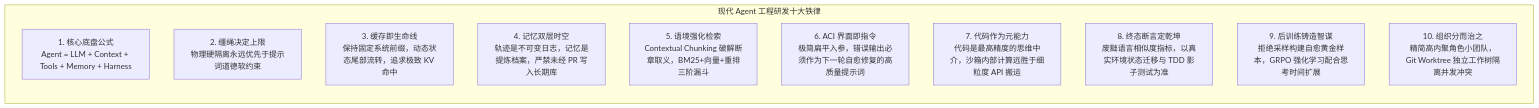
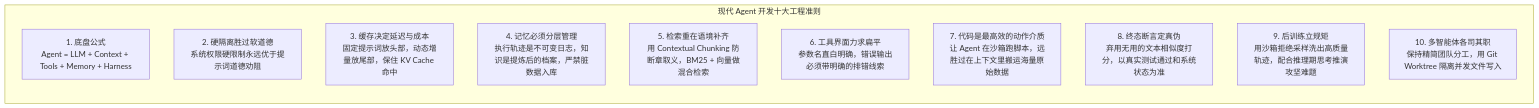
One commit to ljh12138164/ai-agent-study changed the second of 2 diagrams in app/ch10-multi-agent/04-future-and-orchestrator-mindset/page.mdx. Above: the diagram before and after it, drawn with Mermaid. The commit also changed other lines of this file and 43 other files, not shown here.

````diff
--- a/app/ch10-multi-agent/04-future-and-orchestrator-mindset/page.mdx
+++ b/app/ch10-multi-agent/04-future-and-orchestrator-mindset/page.mdx
@@ -38,15 +37,15 @@
 ```mermaid
-graph LR
-    subgraph CoreLaws["现代 Agent 工程研发十大铁律"]
-        L1["1. 核心底盘公式<br/>Agent = LLM + Context + Tools + Memory + Harness"]
-        L2["2. 缰绳决定上限<br/>物理硬隔离永远优先于提示词道德软约束"]
-        L3["3. 缓存即生命线<br/>保持固定系统前缀，动态状态尾部流转，追求极致 KV 命中"]
-        L4["4. 记忆双层时空<br/>轨迹是不可变日志，记忆是提炼档案，严禁未经 PR 写入长期库"]
-        L5["5. 语境强化检索<br/>Contextual Chunking 破解断章取义，BM25+向量+重排三阶漏斗"]
-        L6["6. ACI 界面即指令<br/>极简扁平入参，错误输出必须作为下一轮自愈修复的高质量提示词"]
-        L7["7. 代码作为元能力<br/>代码是最高精度的思维中介，沙箱内部计算远胜于细粒度 API 搬运"]
-        L8["8. 终态断言定乾坤<br/>废黜语言相似度指标，以真实环境状态迁移与 TDD 影子测试为准"]
-        L9["9. 后训练铸造智谋<br/>拒绝采样构建自愈黄金样本，GRPO 强化学习配合思考时间扩展"]
-        L10["10. 组织分而治之<br/>精简高内聚角色小团队，Git Worktree 独立工作树隔离并发冲突"]
+flowchart LR
+    subgraph Laws["现代 Agent 开发十大工程准则"]
+        L1["1. 底盘公式<br/>Agent = LLM + Context + Tools + Memory + Harness"]
+        L2["2. 硬隔离胜过软道德<br/>系统权限硬限制永远优于提示词道德劝阻"]
+        L3["3. 缓存决定延迟与成本<br/>固定提示词放头部，动态增量放尾部，保住 KV Cache 命中"]
+        L4["4. 记忆必须分层管理<br/>执行轨迹是不可变日志，知识是提炼后的档案，严禁脏数据入库"]
+        L5["5. 检索重在语境补齐<br/>用 Contextual Chunking 防断章取义，BM25 + 向量做混合检索"]
+        L6["6. 工具界面力求扁平<br/>参数名直白明确，错误输出必须带明确的排错线索"]
+        L7["7. 代码是最高效的动作介质<br/>让 Agent 在沙箱跑脚本，远胜过在上下文里搬运海量原始数据"]
+        L8["8. 终态断言定真伪<br/>弃用无用的文本相似度打分，以真实测试通过和系统状态为准"]
+        L9["9. 后训练立规矩<br/>用沙箱拒绝采样洗出高质量轨迹，配合推理期思考推演攻坚难题"]
+        L10["10. 多智能体各司其职<br/>保持精简团队分工，用 Git Worktree 隔离并发文件写入"]
     end
 ```
````
